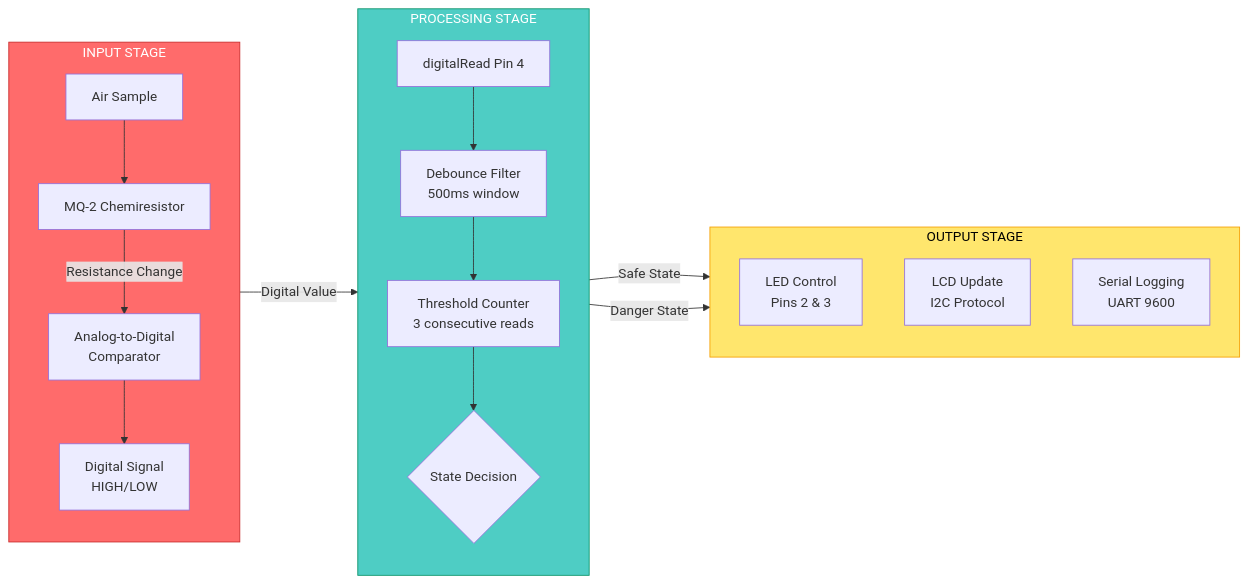
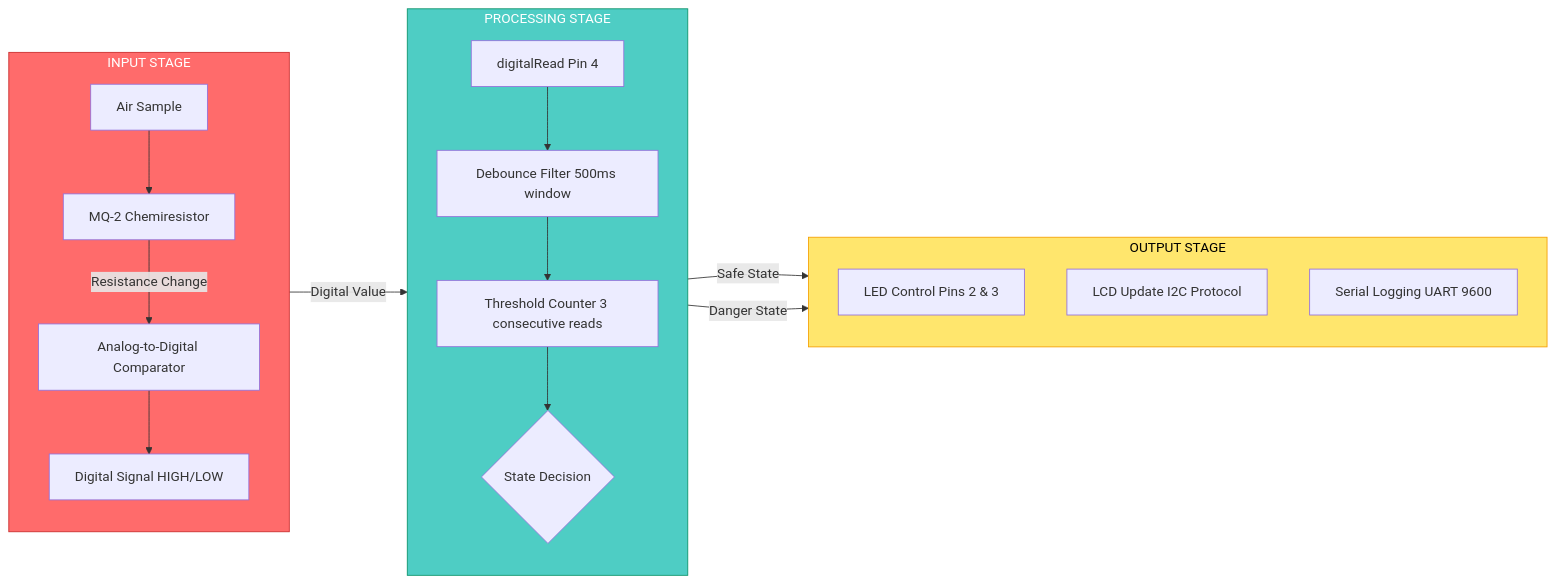
One commit to kelvinmwega/gas-leak-detection changed the third of 14 diagrams in BLOCK-DIAGRAM.md. Above: the diagram before and after it, drawn with Mermaid. The commit also changed other lines of this file, not shown here.

Commit message:
block diagrams updated

````diff
--- a/BLOCK-DIAGRAM.md
+++ b/BLOCK-DIAGRAM.md
@@ -132,43 +132,43 @@
 ```mermaid
 graph LR
   subgraph Input["INPUT STAGE"]
     direction TB
     A1[Air Sample]
     A2[MQ-2 Chemiresistor]
-    A3[Analog-to-Digital\nComparator]
-    A4[Digital Signal\nHIGH/LOW]
+    A3[Analog-to-Digital Comparator]
+    A4[Digital Signal HIGH/LOW]
 
     A1 --> A2
     A2 -->|Resistance Change| A3
     A3 --> A4
   end
 
   subgraph Processing["PROCESSING STAGE"]
     direction TB
     B1[digitalRead Pin 4]
-    B2[Debounce Filter\n500ms window]
-    B3[Threshold Counter\n3 consecutive reads]
+    B2[Debounce Filter 500ms window]
+    B3[Threshold Counter 3 consecutive reads]
     B4{State Decision}
 
     B1 --> B2
     B2 --> B3
     B3 --> B4
   end
 
   subgraph Output["OUTPUT STAGE"]
     direction TB
-    C1[LED Control\nPins 2 & 3]
-    C2[LCD Update\nI2C Protocol]
-    C3[Serial Logging\nUART 9600]
+    C1[LED Control Pins 2 & 3]
+    C2[LCD Update I2C Protocol]
+    C3[Serial Logging UART 9600]
 
     C1 & C2 & C3
   end
 
   A4 -->|Digital Value| B1
   B4 -->|Safe State| Output
   B4 -->|Danger State| Output
 
   style Input fill:#ff6b6b,stroke:#c92a2a,color:#fff
   style Processing fill:#4ecdc4,stroke:#099268,color:#fff
   style Output fill:#ffe66d,stroke:#f59f00,color:#000
 ```
````
